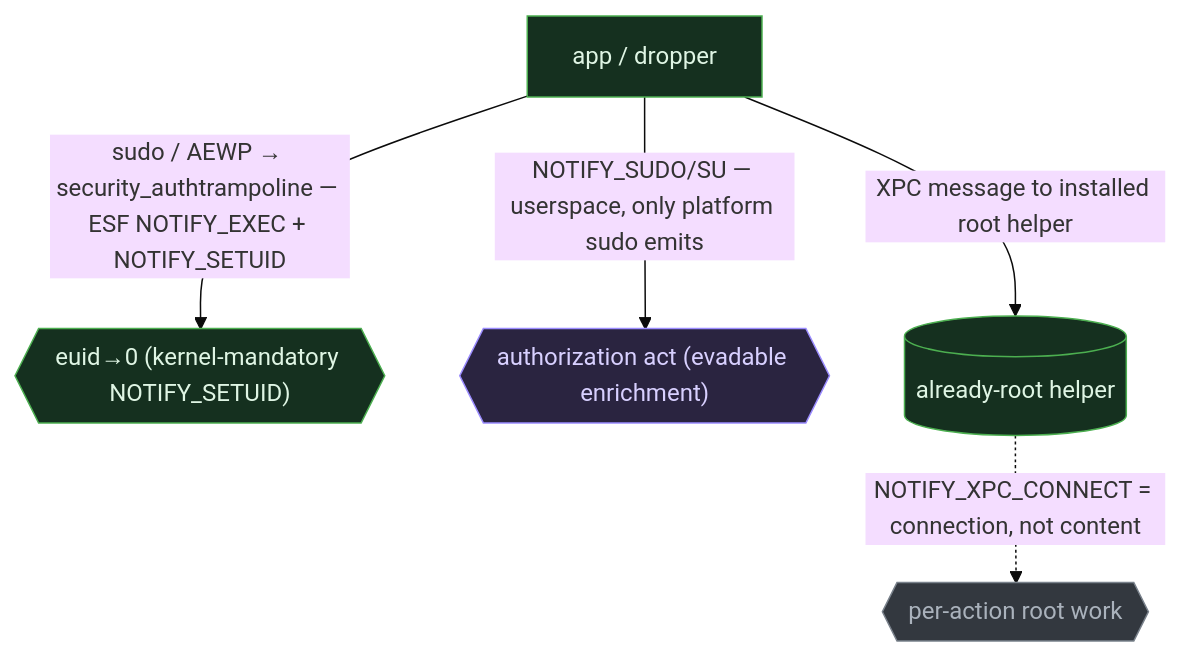
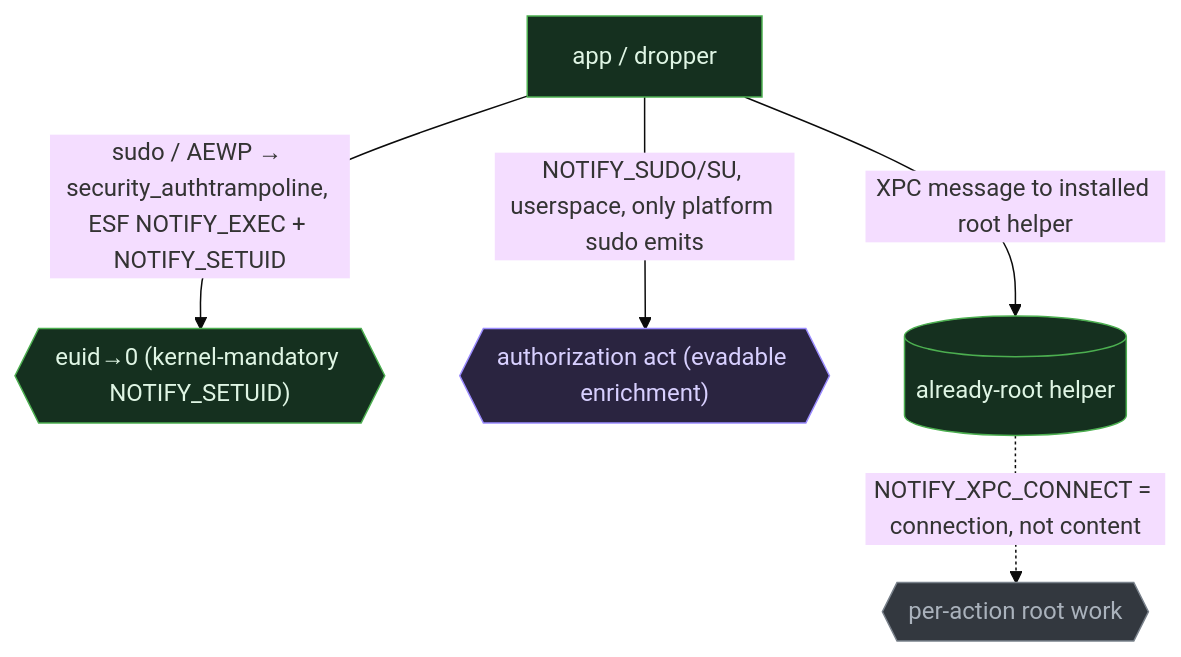
One commit to iimp0ster/os-internals-de-guide changed the fourth of 4 diagrams in src/privilege-escalation/01-elevation-mechanisms.md. Above: the diagram before and after it, drawn with Mermaid (base theme). The commit also changed other lines of this file and 53 other files, not shown here.

````diff
--- a/src/privilege-escalation/01-elevation-mechanisms.md
+++ b/src/privilege-escalation/01-elevation-mechanisms.md
@@ -135,10 +126,10 @@
 ```mermaid
 flowchart TB
-    P["app / dropper"]:::seen -->|"sudo / AEWP → security_authtrampoline — ESF NOTIFY_EXEC + NOTIFY_SETUID"| E{{"euid→0 (kernel-mandatory NOTIFY_SETUID)"}}:::seen
-    P -->|"NOTIFY_SUDO/SU — userspace, only platform sudo emits"| R{{"authorization act (evadable enrichment)"}}:::diverge
+    P["app / dropper"]:::seen -->|"sudo / AEWP → security_authtrampoline, ESF NOTIFY_EXEC + NOTIFY_SETUID"| E{{"euid→0 (kernel-mandatory NOTIFY_SETUID)"}}:::seen
+    P -->|"NOTIFY_SUDO/SU, userspace, only platform sudo emits"| R{{"authorization act (evadable enrichment)"}}:::diverge
     P -->|"XPC message to installed root helper"| X[("already-root helper")]:::seen
     X -.->|"NOTIFY_XPC_CONNECT = connection, not content"| H{{"per-action root work"}}:::blind
     classDef seen fill:#15301f,stroke:#4caf50,color:#dff5e4;
     classDef blind fill:#33383f,stroke:#7a828c,color:#aab2bc;
     classDef diverge fill:#2a2440,stroke:#9b8cff,color:#d8d0ff;
 ```
````
